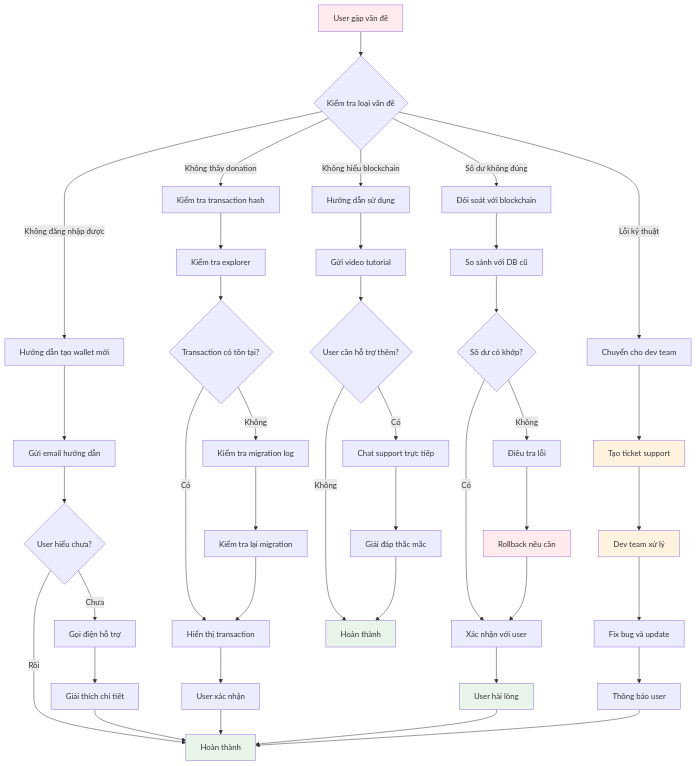
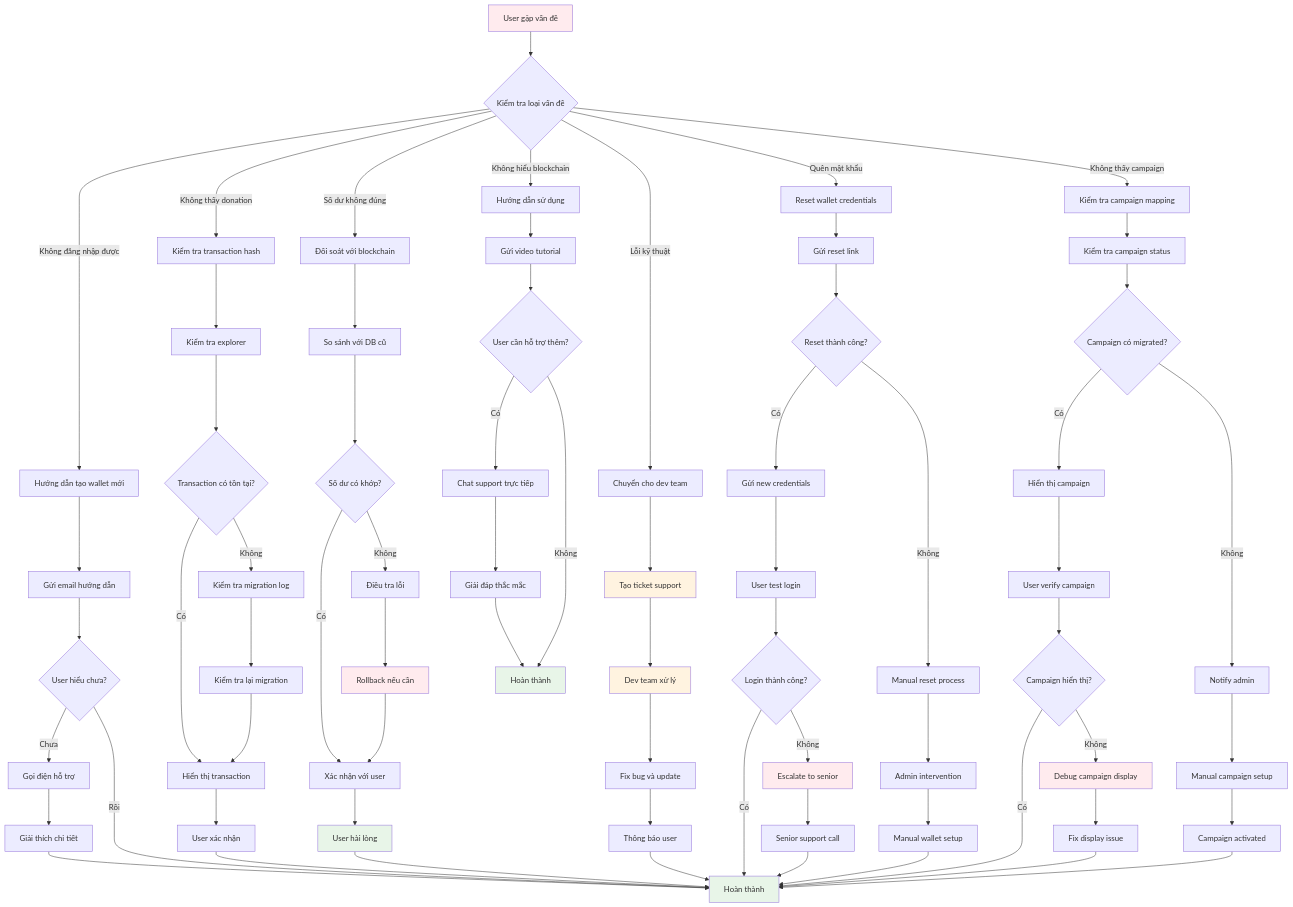
Before and after one commit to metafi-blockchain/charity-donation-smartcontrat: the tenth of 10 diagrams in docs/DATA_MIGRATION.md, drawn with Mermaid. The commit also changed other lines of this file, not shown here.

````diff
--- a/docs/DATA_MIGRATION.md
+++ b/docs/DATA_MIGRATION.md
@@ -496,50 +692,83 @@
     B -->|Số dư không đúng| E[Đối soát với blockchain]
     B -->|Không hiểu blockchain| F[Hướng dẫn sử dụng]
     B -->|Lỗi kỹ thuật| G[Chuyển cho dev team]
+    B -->|Quên mật khẩu| H[Reset wallet credentials]
+    B -->|Không thấy campaign| I[Kiểm tra campaign mapping]
     
-    C --> H[Gửi email hướng dẫn]
-    D --> I[Kiểm tra explorer]
-    E --> J[So sánh với DB cũ]
-    F --> K[Gửi video tutorial]
-    G --> L[Tạo ticket support]
+    C --> J[Gửi email hướng dẫn]
+    D --> K[Kiểm tra explorer]
+    E --> L[So sánh với DB cũ]
+    F --> M[Gửi video tutorial]
+    G --> N[Tạo ticket support]
+    H --> O[Gửi reset link]
+    I --> P[Kiểm tra campaign status]
     
-    H --> M{User hiểu chưa?}
-    I --> N{Transaction có tồn tại?}
-    J --> O{Số dư có khớp?}
-    K --> P{User cần hỗ trợ thêm?}
-    L --> Q[Dev team xử lý]
+    J --> Q{User hiểu chưa?}
+    K --> R{Transaction có tồn tại?}
+    L --> S{Số dư có khớp?}
+    M --> T{User cần hỗ trợ thêm?}
+    N --> U[Dev team xử lý]
+    O --> V{Reset thành công?}
+    P --> W{Campaign có migrated?}
     
-    M -->|Chưa| R[Gọi điện hỗ trợ]
-    M -->|Rồi| S[Hoàn thành]
-    N -->|Có| T[Hiển thị transaction]
-    N -->|Không| U[Kiểm tra migration log]
-    O -->|Có| V[Xác nhận với user]
-    O -->|Không| W[Điều tra lỗi]
-    P -->|Có| X[Chat support trực tiếp]
-    P -->|Không| Y[Hoàn thành]
-    Q --> Z[Fix bug và update]
+    Q -->|Chưa| X[Gọi điện hỗ trợ]
+    Q -->|Rồi| Y[Hoàn thành]
+    R -->|Có| Z[Hiển thị transaction]
+    R -->|Không| AA[Kiểm tra migration log]
+    S -->|Có| BB[Xác nhận với user]
+    S -->|Không| CC[Điều tra lỗi]
+    T -->|Có| DD[Chat support trực tiếp]
+    T -->|Không| EE[Hoàn thành]
+    U --> FF[Fix bug và update]
+    V -->|Có| GG[Gửi new credentials]
+    V -->|Không| HH[Manual reset process]
+    W -->|Có| II[Hiển thị campaign]
+    W -->|Không| JJ[Notify admin]
     
-    R --> AA[Giải thích chi tiết]
-    T --> BB[User xác nhận]
-    U --> CC[Kiểm tra lại migration]
-    V --> DD[User hài lòng]
-    W --> EE[Rollback nếu cần]
-    X --> FF[Giải đáp thắc mắc]
-    Z --> GG[Thông báo user]
+    X --> KK[Giải thích chi tiết]
+    Z --> LL[User xác nhận]
+    AA --> MM[Kiểm tra lại migration]
+    BB --> NN[User hài lòng]
+    CC --> OO[Rollback nếu cần]
+    DD --> PP[Giải đáp thắc mắc]
+    FF --> QQ[Thông báo user]
+    GG --> RR[User test login]
+    HH --> SS[Admin intervention]
+    II --> TT[User verify campaign]
+    JJ --> UU[Manual campaign setup]
     
-    AA --> S
-    BB --> S
-    CC --> T
-    DD --> S
-    EE --> V
-    FF --> Y
-    GG --> S
+    KK --> Y
+    LL --> Y
+    MM --> Z
+    NN --> Y
+    OO --> BB
+    PP --> EE
+    QQ --> Y
+    RR --> VV{Login thành công?}
+    SS --> WW[Manual wallet setup]
+    TT --> XX{Campaign hiển thị?}
+    UU --> YY[Campaign activated]
+    
+    VV -->|Có| Y
+    VV -->|Không| ZZ[Escalate to senior]
+    WW --> Y
+    XX -->|Có| Y
+    XX -->|Không| AAA[Debug campaign display]
+    YY --> Y
+    
+    ZZ --> BBB[Senior support call]
+    AAA --> CCC[Fix display issue]
+    
+    BBB --> Y
+    CCC --> Y
     
     style A fill:#ffebee
-    style S fill:#e8f5e8
     style Y fill:#e8f5e8
-    style DD fill:#e8f5e8
-    style L fill:#fff3e0
-    style Q fill:#fff3e0
-    style EE fill:#ffebee
+    style EE fill:#e8f5e8
+    style NN fill:#e8f5e8
+    style N fill:#fff3e0
+    style U fill:#fff3e0
+    style OO fill:#ffebee
+    style ZZ fill:#ffebee
+    style AAA fill:#ffebee
 ```
````
